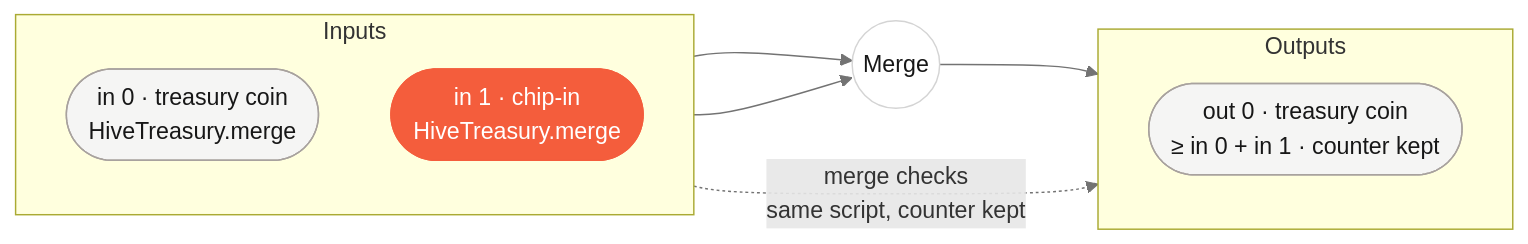
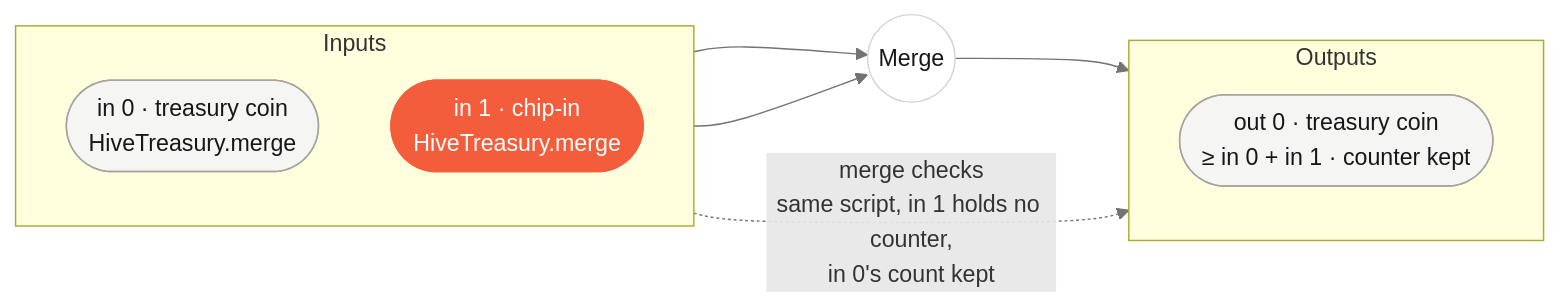
Before and after one commit to brg444/hive: the second of 7 diagrams in contracts/v5/README.md, drawn with Mermaid. The commit also changed other lines of this file and 37 other files, not shown here.

````diff
--- a/contracts/v5/README.md
+++ b/contracts/v5/README.md
@@ -178,25 +202,25 @@
 ```mermaid
 flowchart LR
   subgraph IN["Inputs"]
     direction TB
     I0(["in 0 · treasury coin<br/>HiveTreasury.merge"])
     I1(["in 1 · chip-in<br/>HiveTreasury.merge"])
   end
   TX(("Merge"))
   subgraph OUT["Outputs"]
     direction TB
     O0(["out 0 · treasury coin<br/>≥ in 0 + in 1 · counter kept"])
   end
   I0 --> TX
   I1 --> TX
   TX --> O0
-  I0 -. "merge checks<br/>same script, counter kept" .-> O0
+  I0 -. "merge checks<br/>same script, in 1 holds no counter,<br/>in 0's count kept" .-> O0
 
   classDef default fill:#ffffff,stroke:#d4d4d4,color:#171717,stroke-width:1px
   classDef entry fill:#f45d3c,stroke:#f45d3c,color:#ffffff,stroke-width:1px
   classDef muted fill:#f5f5f4,stroke:#a8a29e,color:#171717,stroke-width:1px
   classDef accent fill:#3d1a9b,stroke:#3d1a9b,color:#ffffff,stroke-width:1px
   class I1 entry
   class I0,O0 muted
   linkStyle default stroke:#737373,stroke-width:1px
 ```
````
